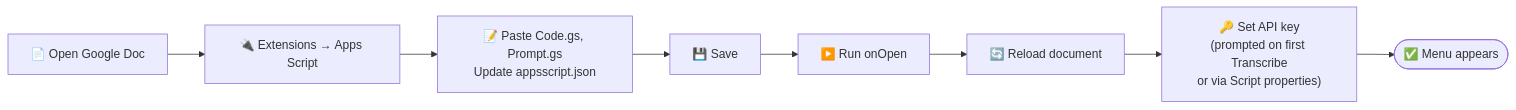
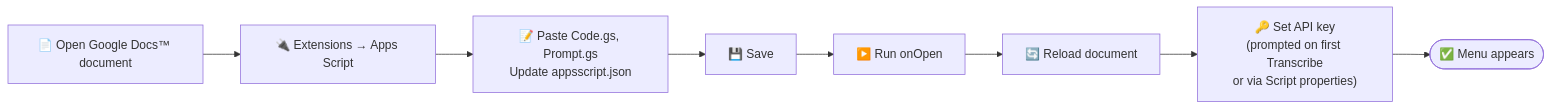
Before and after one commit to dekochka/geneascript-gdoc-addon: the fourth of 6 diagrams in docs/en/INSTALLATION.md, drawn with Mermaid. The commit also changed other lines of this file and 16 other files, not shown here.

````diff
--- a/docs/en/INSTALLATION.md
+++ b/docs/en/INSTALLATION.md
@@ -112,10 +112,10 @@
 ```mermaid
 flowchart LR
-  A[📄 Open Google Doc] --> B[🔌 Extensions → Apps Script]
+  A[📄 Open Google Docs™ document] --> B[🔌 Extensions → Apps Script]
   B --> C[📝 Paste Code.gs, Prompt.gs<br/>Update appsscript.json]
   C --> D[💾 Save]
   D --> E[▶️ Run onOpen]
   E --> F[🔄 Reload document]
   F --> G["🔑 Set API key<br/>(prompted on first Transcribe<br/>or via Script properties)"]
   G --> H([✅ Menu appears])
 ```
````
